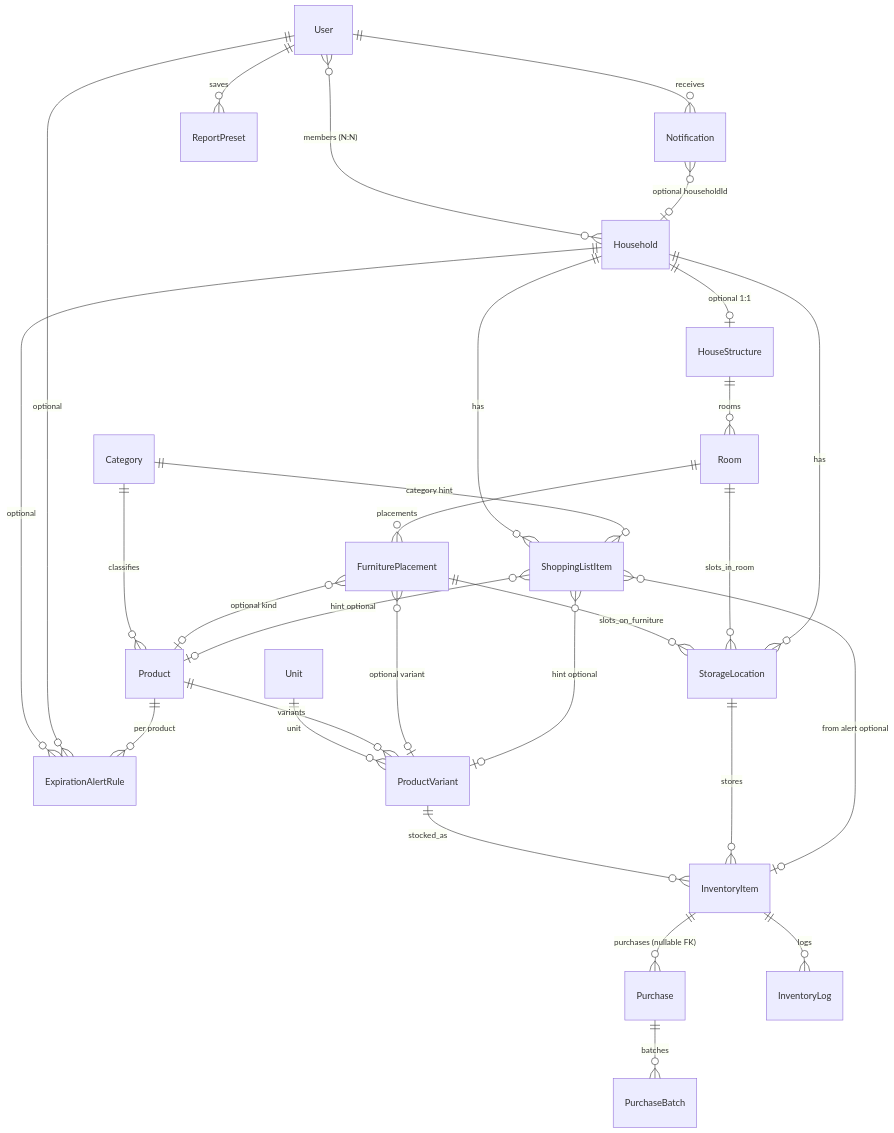
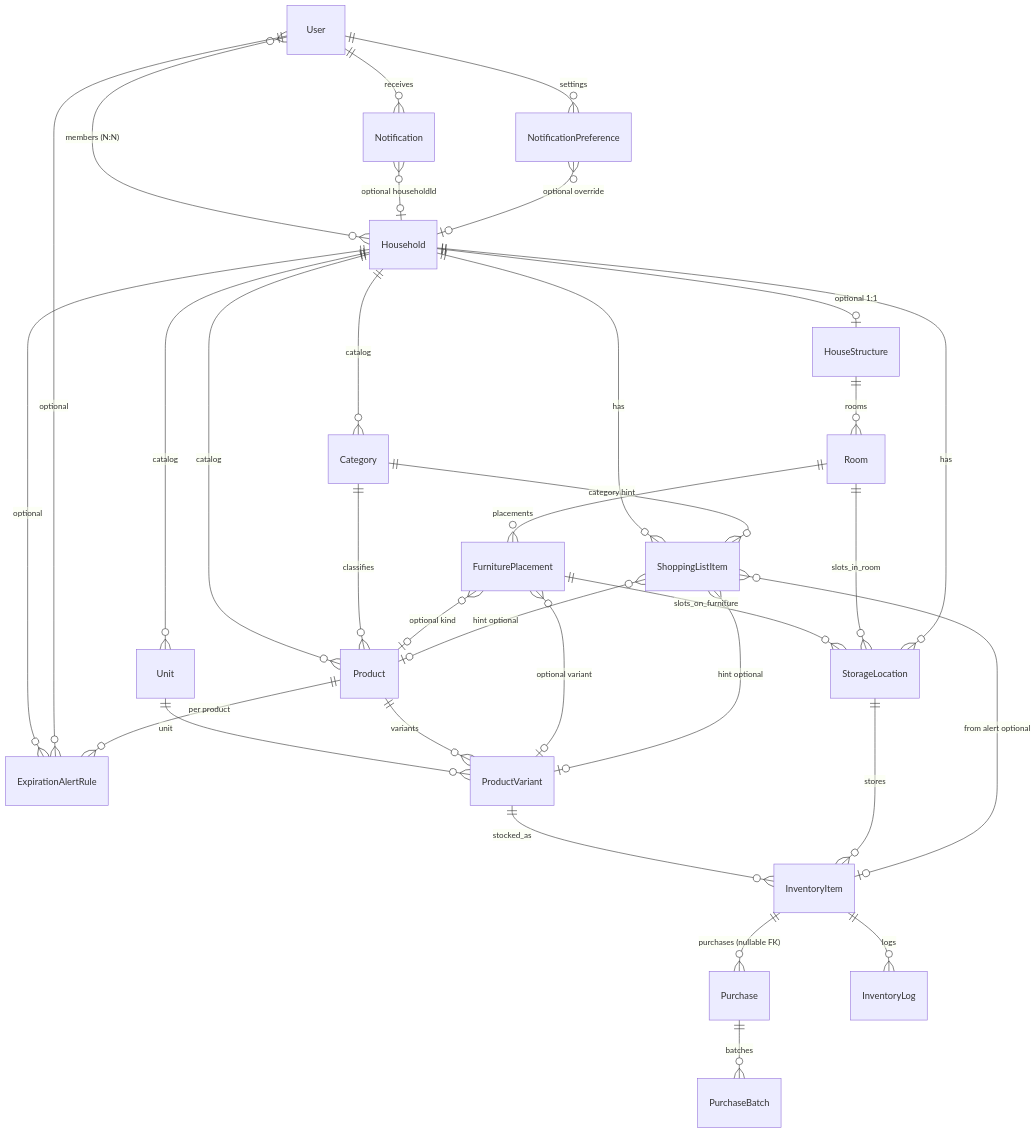
One commit to wukdddang/home-inventory-manager changed the diagram in docs/v2/er-diagram.md. Above: the diagram before and after it, drawn with Mermaid. The commit also changed other lines of this file and 7 other files, not shown here.

First line of the commit message:
feat: 카탈로그 Household-scoped 및 NotificationPreference 테이블 추가

````diff
--- a/docs/v2/er-diagram.md
+++ b/docs/v2/er-diagram.md
@@ -103,37 +118,41 @@
 ```mermaid
 erDiagram
     User }o--o{ Household : "members (N:N)"
 
+    Household ||--o{ Category : "catalog"
+    Household ||--o{ Unit : "catalog"
+    Household ||--o{ Product : "catalog"
     Household ||--o| HouseStructure : "optional 1:1"
     HouseStructure ||--o{ Room : rooms
     Room ||--o{ FurniturePlacement : placements
     FurniturePlacement ||--o{ StorageLocation : slots_on_furniture
     Room ||--o{ StorageLocation : slots_in_room
     Household ||--o{ StorageLocation : has
     Household ||--o{ ShoppingListItem : has
     Household ||--o{ ExpirationAlertRule : "optional"
 
     User ||--o{ Notification : receives
     Notification }o--o| Household : "optional householdId"
+    User ||--o{ NotificationPreference : "settings"
+    NotificationPreference }o--o| Household : "optional override"
     User ||--o{ ExpirationAlertRule : "optional"
-    User ||--o{ ReportPreset : saves
 
     Category ||--o{ Product : classifies
 
     Unit ||--o{ ProductVariant : unit
     Product ||--o{ ProductVariant : variants
     Product ||--o{ ExpirationAlertRule : "per product"
     ProductVariant ||--o{ InventoryItem : stocked_as
     StorageLocation ||--o{ InventoryItem : stores
     FurniturePlacement }o--o| Product : "optional kind"
     FurniturePlacement }o--o| ProductVariant : "optional variant"
 
     InventoryItem ||--o{ Purchase : "purchases (nullable FK)"
     Purchase ||--o{ PurchaseBatch : batches
     InventoryItem ||--o{ InventoryLog : logs
 
     Category ||--o{ ShoppingListItem : "category hint"
     ShoppingListItem }o--o| Product : "hint optional"
     ShoppingListItem }o--o| ProductVariant : "hint optional"
     ShoppingListItem }o--o| InventoryItem : "from alert optional"
 ```
````
